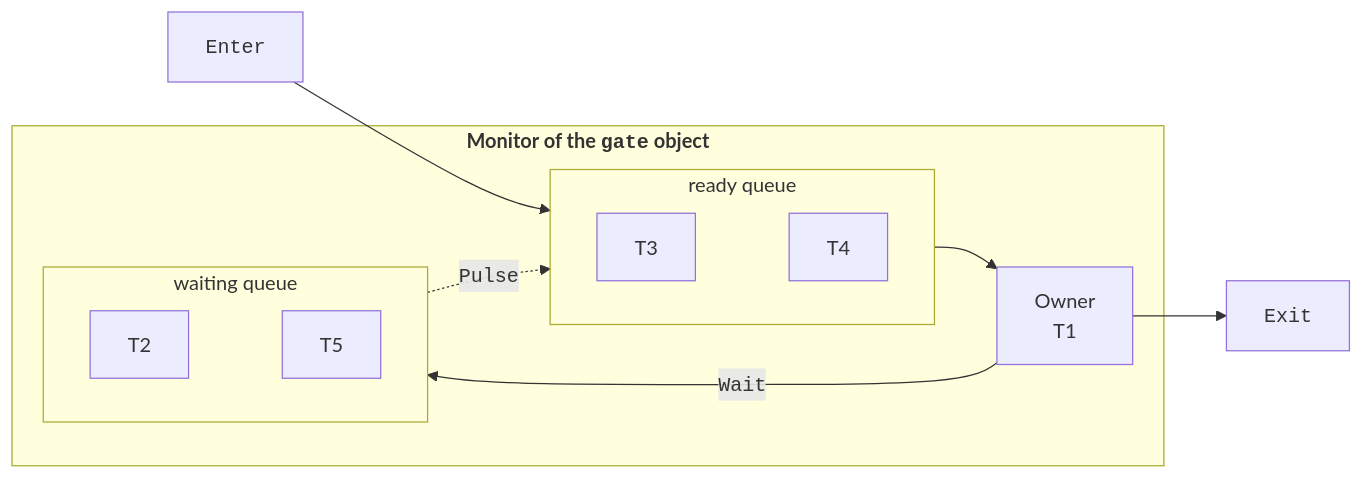
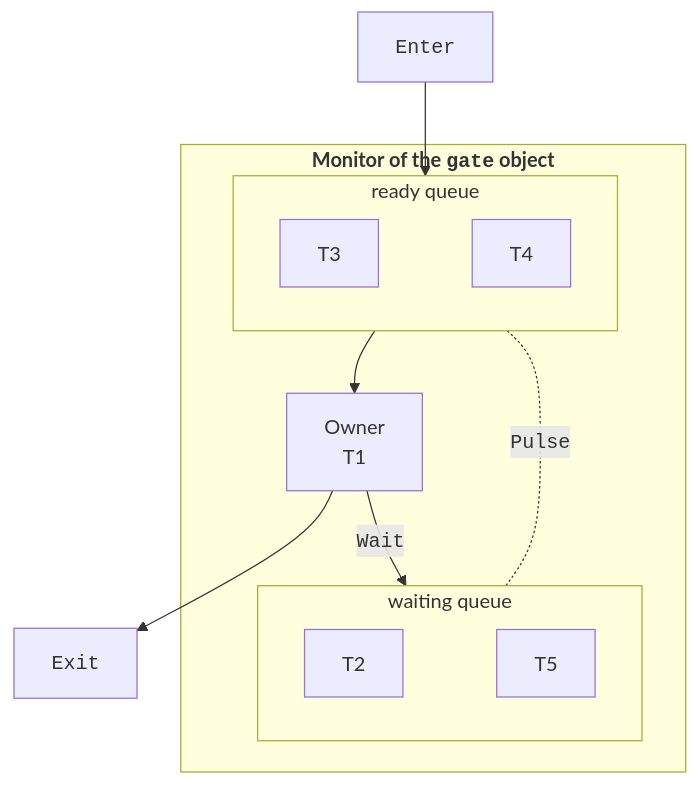
The diagram in src/courses/parallel/03-synchronization/locks-monitor.md (musicvano/Blog), drawn with Mermaid before and after one commit. The commit also changed other lines of this file and 583 other files, not shown here.

````diff
--- a/src/courses/parallel/03-synchronization/locks-monitor.md
+++ b/src/courses/parallel/03-synchronization/locks-monitor.md
@@ -59,18 +59,18 @@
 ```mermaid
-flowchart LR
+flowchart TB
   EN["<code>Enter</code>"] --> EQ
   subgraph M["<b>Monitor of the <code>gate</code> object</b>"]
     subgraph EQ["ready queue"]
       direction LR
       T3["T3"] ~~~ T4["T4"]
     end
     EQ --> OWN["Owner<br>T1"]
     OWN -->|"<code>Wait</code>"| WQ
     subgraph WQ["waiting queue"]
       direction LR
       T2["T2"] ~~~ T5["T5"]
     end
-    WQ -.->|"<code>Pulse</code>"| EQ
+    EQ <-.-|"<code>Pulse</code>"| WQ
   end
   OWN --> EX["<code>Exit</code>"]
 ```
````
